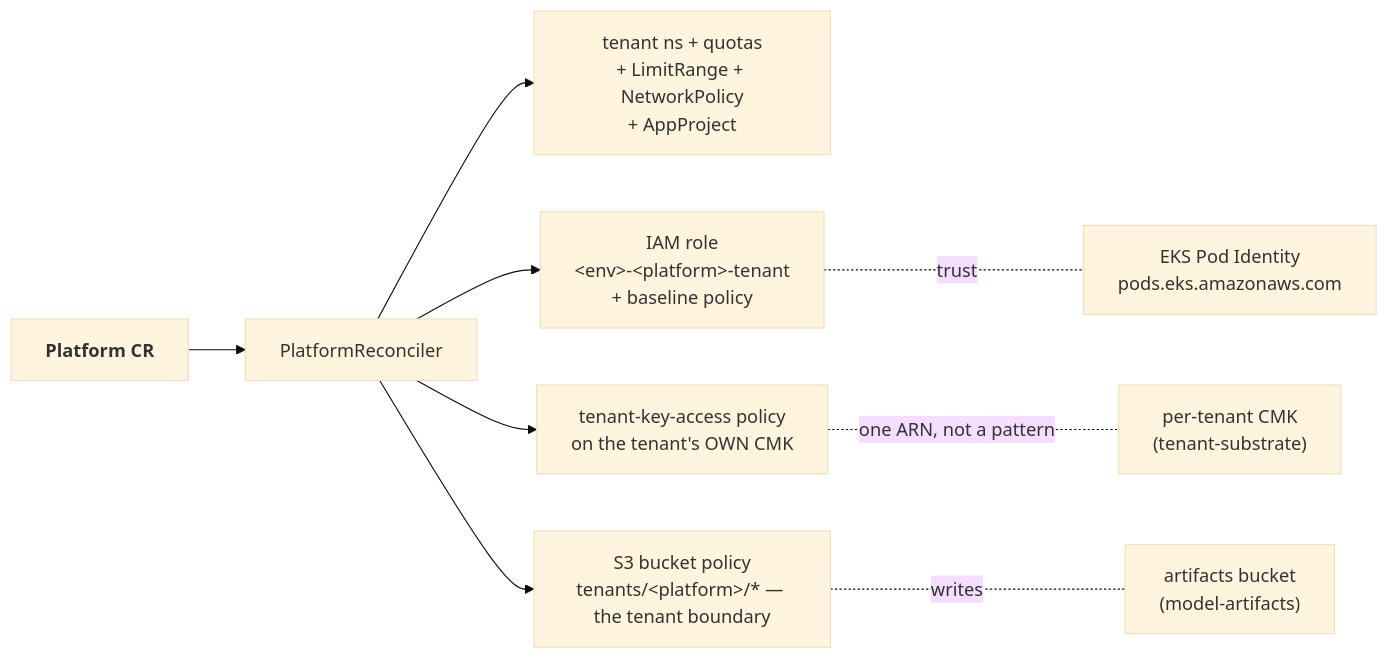
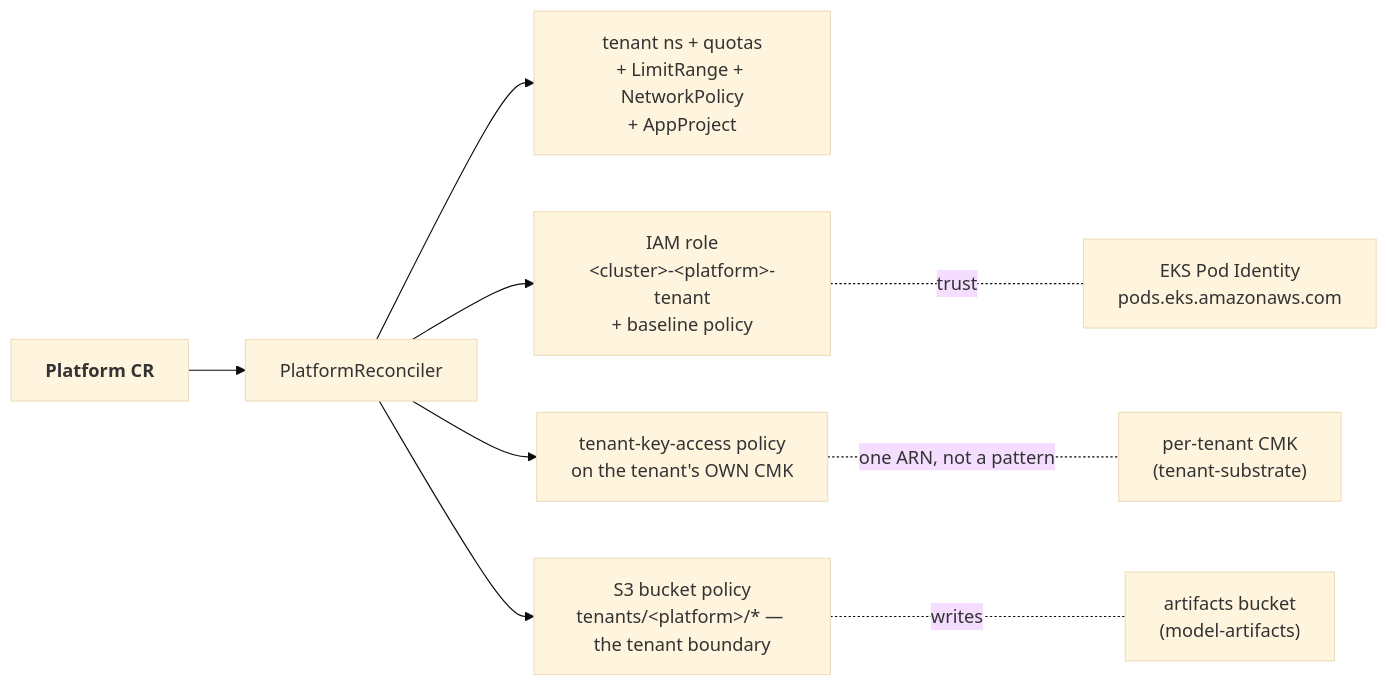
One commit to nanohype/eks-agent-platform changed the second of 3 diagrams in docs/architecture/overview.md. Above: the diagram before and after it, drawn with Mermaid (base theme). The commit also changed other lines of this file and 46 other files, not shown here.

````diff
--- a/docs/architecture/overview.md
+++ b/docs/architecture/overview.md
@@ -54,13 +54,13 @@
 ```mermaid
 flowchart LR
   Platform["<b>Platform CR</b>"] --> PR["PlatformReconciler"]
 
   PR --> Ns["tenant ns + quotas<br/>+ LimitRange + NetworkPolicy<br/>+ AppProject"]
-  PR --> IAM["IAM role<br/>&lt;env&gt;-&lt;platform&gt;-tenant<br/>+ baseline policy"]
+  PR --> IAM["IAM role<br/>&lt;cluster&gt;-&lt;platform&gt;-tenant<br/>+ baseline policy"]
   PR --> KMS["tenant-key-access policy<br/>on the tenant's OWN CMK"]
   PR --> S3["S3 bucket policy<br/>tenants/&lt;platform&gt;/* — the tenant boundary"]
 
   IAM -. "trust" .- EKSPI["EKS Pod Identity<br/>pods.eks.amazonaws.com"]
   KMS -. "one ARN, not a pattern" .- TenantKey["per-tenant CMK<br/>(tenant-substrate)"]
   S3 -. "writes" .- Artifacts["artifacts bucket<br/>(model-artifacts)"]
 ```
````
